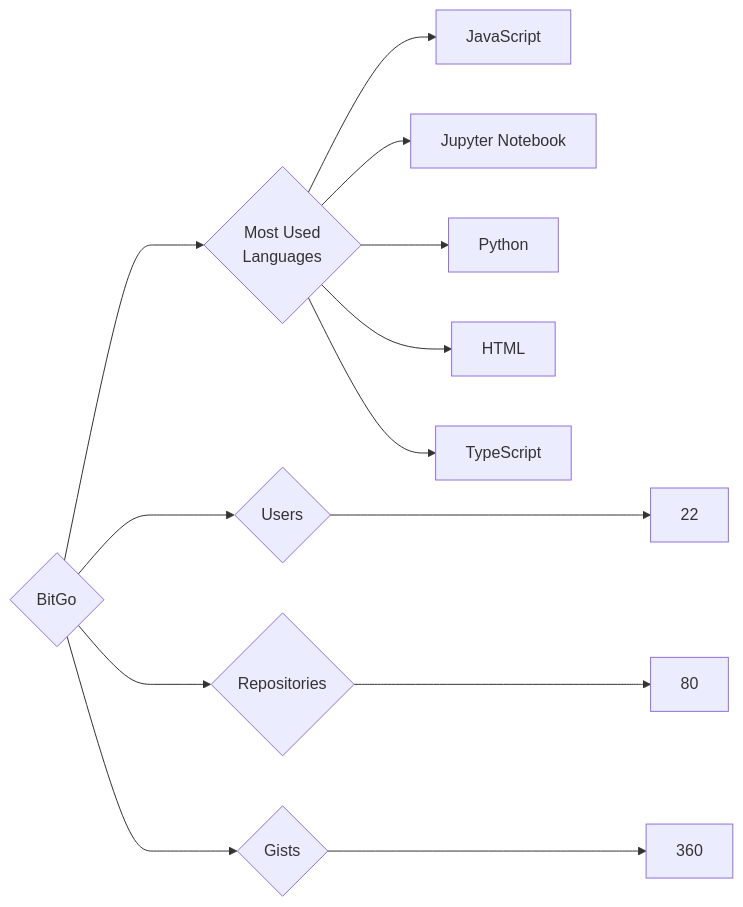
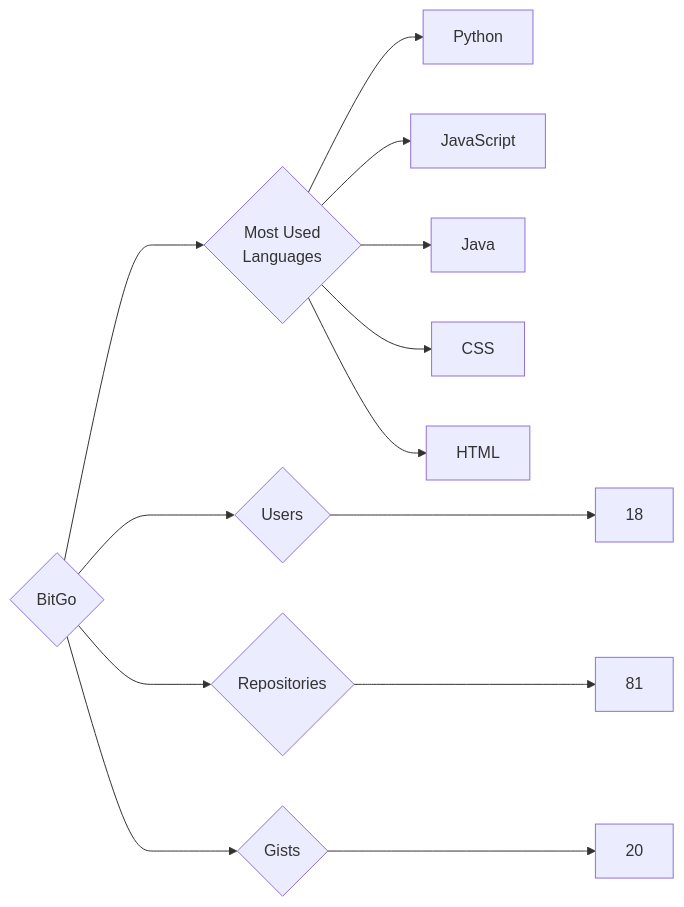
Before and after one commit to trickest/insiders: the diagram in targets/BitGo/README.md, drawn with Mermaid. The commit also changed 721 other files, not shown here.

````diff
--- a/targets/BitGo/README.md
+++ b/targets/BitGo/README.md
@@ -3,13 +3,13 @@
 ```mermaid
 graph LR
 COMPANY_NAME{BitGo}
-COMPANY_NAME ---> U{Users} ---> UN[22]
-COMPANY_NAME ---> R{Repositories} ---> RN[80]
-COMPANY_NAME ---> G{Gists} ---> GN[360]
+COMPANY_NAME ---> U{Users} ---> UN[18]
+COMPANY_NAME ---> R{Repositories} ---> RN[81]
+COMPANY_NAME ---> G{Gists} ---> GN[20]
 COMPANY_NAME ---> ML{Most Used<br>Languages}
+ML --> Python[Python]
 ML --> JavaScript[JavaScript]
-ML --> Jupyter_Notebook[Jupyter Notebook]
-ML --> Python[Python]
+ML --> Java[Java]
+ML --> CSS[CSS]
 ML --> HTML[HTML]
-ML --> TypeScript[TypeScript]
 ```
````
